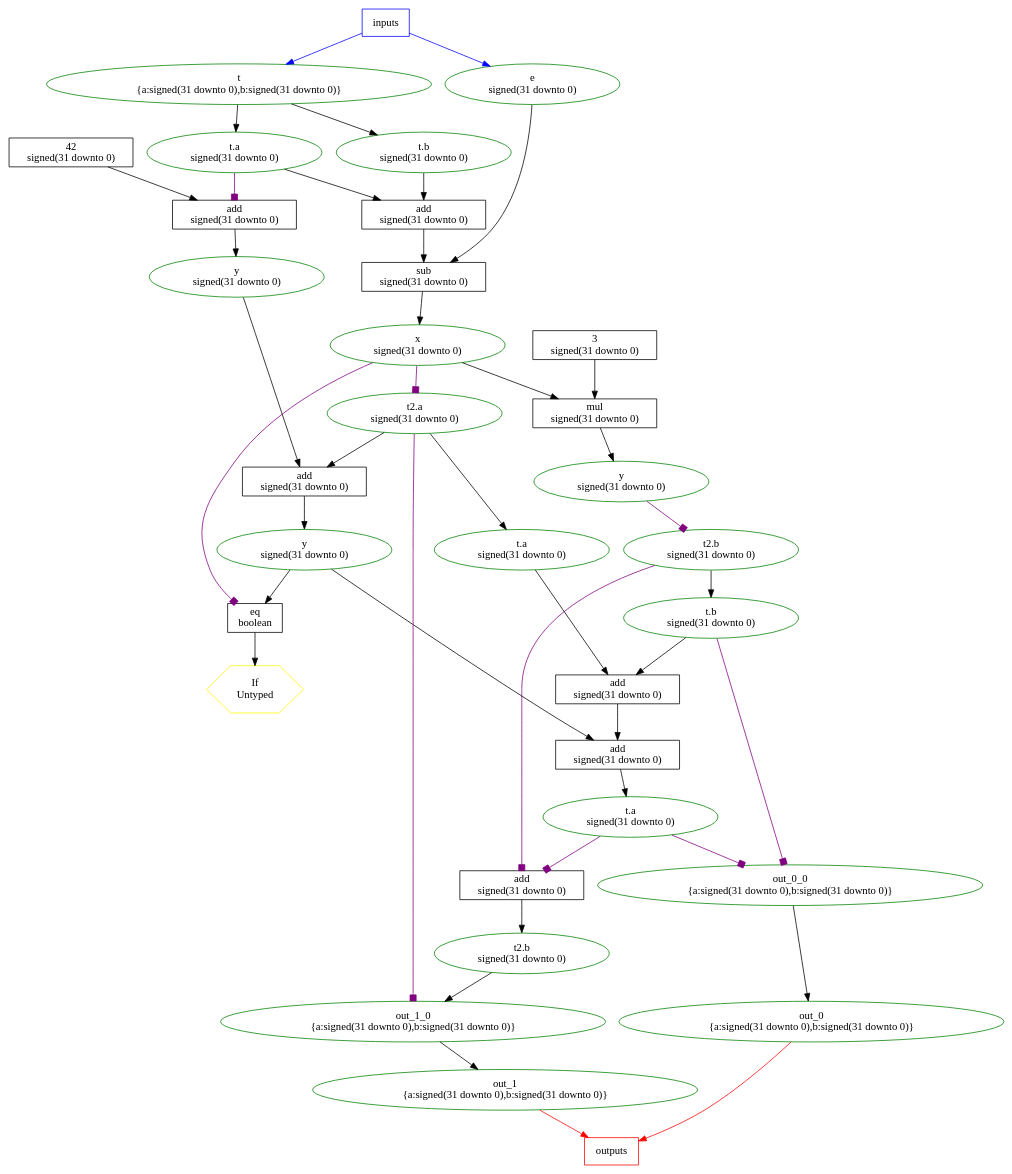
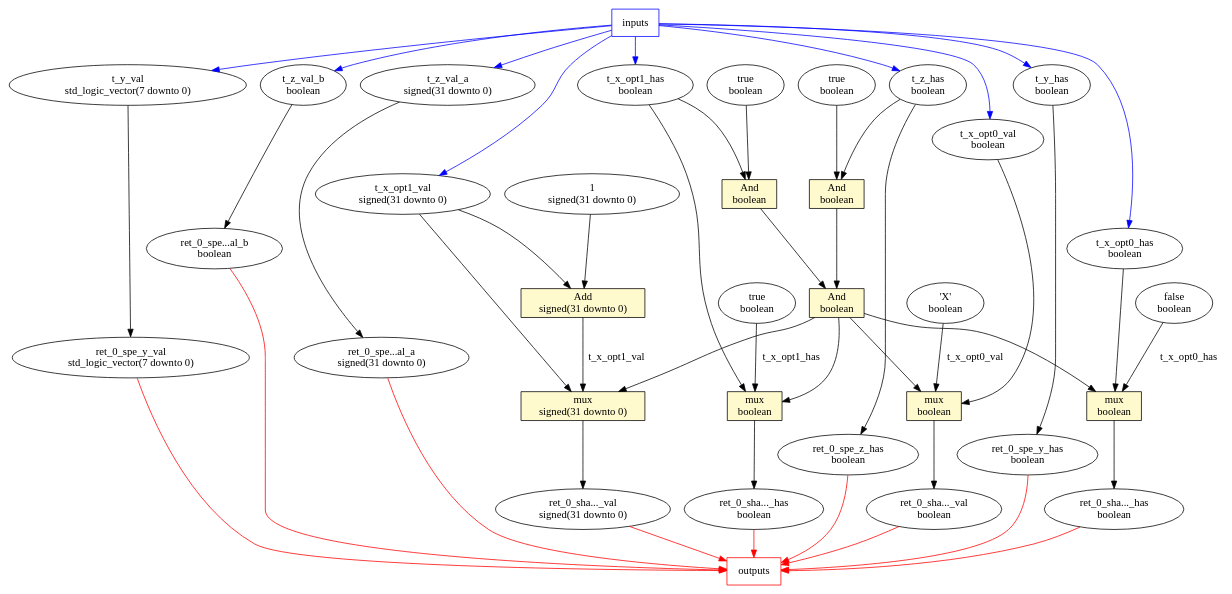
Before and after one commit to BaptP/Whiley2VHDLCompiler: the diagram in running/gr.dot, drawn with Graphviz. The commit also changed 14 other files, not shown here.

```diff
--- a/running/gr.dot
+++ b/running/gr.dot
@@ -1,106 +1,84 @@
 digraph {
   inp [label="inputs",color=blue,shape=box];
-  n1 [label="t.a
-signed(31 downto 0)",shape="ellipse",color=green];
-  n2 [label="t2.b
-signed(31 downto 0)",shape="ellipse",color=green];
-  n3 [label="y
-signed(31 downto 0)",shape="ellipse",color=green];
-  n4 [label="add
-signed(31 downto 0)",shape="box",color=black];
-  n5 [label="t.b
-signed(31 downto 0)",shape="ellipse",color=green];
-  n6 [label="sub
-signed(31 downto 0)",shape="box",color=black];
-  n7 [label="t.a
-signed(31 downto 0)",shape="ellipse",color=green];
-  n8 [label="y
-signed(31 downto 0)",shape="ellipse",color=green];
-  n9 [label="out_0_0
-{a:signed(31 downto 0),b:signed(31 downto 0)}",shape="ellipse",color=green];
-  n10 [label="t.a
-signed(31 downto 0)",shape="ellipse",color=green];
-  n11 [label="add
-signed(31 downto 0)",shape="box",color=black];
-  n12 [label="t.b
-signed(31 downto 0)",shape="ellipse",color=green];
-  n13 [label="e
-signed(31 downto 0)",shape="ellipse",color=green];
-  n14 [label="add
-signed(31 downto 0)",shape="box",color=black];
-  n15 [label="add
-signed(31 downto 0)",shape="box",color=black];
-  n16 [label="add
-signed(31 downto 0)",shape="box",color=black];
-  n17 [label="t
-{a:signed(31 downto 0),b:signed(31 downto 0)}",shape="ellipse",color=green];
-  n18 [label="y
-signed(31 downto 0)",shape="ellipse",color=green];
-  n19 [label="x
-signed(31 downto 0)",shape="ellipse",color=green];
-  n20 [label="3
-signed(31 downto 0)",shape="box",color=black];
-  n21 [label="out_0
-{a:signed(31 downto 0),b:signed(31 downto 0)}",shape="ellipse",color=green];
-  n22 [label="eq
-boolean",shape="box",color=black];
-  n23 [label="out_1
-{a:signed(31 downto 0),b:signed(31 downto 0)}",shape="ellipse",color=green];
-  n24 [label="mul
-signed(31 downto 0)",shape="box",color=black];
-  n25 [label="t2.b
-signed(31 downto 0)",shape="ellipse",color=green];
-  n26 [label="t2.a
-signed(31 downto 0)",shape="ellipse",color=green];
-  n27 [label="If
-Untyped",shape="hexagon",color=yellow];
-  n28 [label="42
-signed(31 downto 0)",shape="box",color=black];
-  n29 [label="add
-signed(31 downto 0)",shape="box",color=black];
-  n30 [label="out_1_0
-{a:signed(31 downto 0),b:signed(31 downto 0)}",shape="ellipse",color=green];
+  n1 [label="ret_0_spe_y_val\nstd_logic_vector(7 downto 0)"];
+  n2 [label="ret_0_spe_z_has\nboolean"];
+  n3 [label="false\nboolean"];
+  n4 [label="ret_0_spe...al_b\nboolean"];
+  n5 [label="1\nsigned(31 downto 0)"];
+  n6 [label="ret_0_spe...al_a\nsigned(31 downto 0)"];
+  n7 [label="true\nboolean"];
+  n8 [label="t_y_val\nstd_logic_vector(7 downto 0)"];
+  n9 [label="mux\nboolean",shape="rectangle",style=filled,fillcolor=lemonchiffon];
+  n10 [label="t_x_opt1_has\nboolean"];
+  n11 [label="mux\nboolean",shape="rectangle",style=filled,fillcolor=lemonchiffon];
+  n12 [label="Add\nsigned(31 downto 0)",shape="rectangle",style=filled,fillcolor=lemonchiffon];
+  n13 [label="ret_0_sha..._val\nsigned(31 downto 0)"];
+  n14 [label="ret_0_sha..._val\nboolean"];
+  n15 [label="And\nboolean",shape="rectangle",style=filled,fillcolor=lemonchiffon];
+  n16 [label="ret_0_sha..._has\nboolean"];
+  n17 [label="And\nboolean",shape="rectangle",style=filled,fillcolor=lemonchiffon];
+  n18 [label="ret_0_spe_y_has\nboolean"];
+  n19 [label="t_x_opt1_val\nsigned(31 downto 0)"];
+  n20 [label="t_x_opt0_has\nboolean"];
+  n21 [label="t_x_opt0_val\nboolean"];
+  n22 [label="t_z_val_b\nboolean"];
+  n23 [label="t_y_has\nboolean"];
+  n24 [label="And\nboolean",shape="rectangle",style=filled,fillcolor=lemonchiffon];
+  n25 [label="mux\nsigned(31 downto 0)",shape="rectangle",style=filled,fillcolor=lemonchiffon];
+  n26 [label="t_z_val_a\nsigned(31 downto 0)"];
+  n27 [label="t_z_has\nboolean"];
+  n28 [label="true\nboolean"];
+  n29 [label="ret_0_sha..._has\nboolean"];
+  n30 [label="true\nboolean"];
+  n31 [label="mux\nboolean",shape="rectangle",style=filled,fillcolor=lemonchiffon];
+  n32 [label="'X'\nboolean"];
   out [label="outputs",color=red,shape=box];
 
-  inp -> n17 [color=blue];
-  inp -> n13 [color=blue];
-  n1 -> n11[arrowhead="box",color=purple];
-  n1 -> n9[arrowhead="box",color=purple];
-  n2 -> n30[];
-  n3 -> n25[arrowhead="box",color=purple];
-  n4 -> n1[];
-  n5 -> n29[];
-  n6 -> n19[];
-  n7 -> n29[];
-  n7 -> n14[arrowhead="box",color=purple];
-  n8 -> n22[];
-  n8 -> n4[];
-  n9 -> n21[];
-  n10 -> n16[];
-  n11 -> n2[];
-  n12 -> n16[];
-  n12 -> n9[arrowhead="box",color=purple];
-  n13 -> n6[];
-  n14 -> n18[];
-  n15 -> n8[];
-  n16 -> n4[];
-  n17 -> n7[];
-  n17 -> n5[];
-  n18 -> n15[];
-  n19 -> n24[];
-  n19 -> n26[arrowhead="box",color=purple];
-  n19 -> n22[arrowhead="box",color=purple];
-  n20 -> n24[];
-  n22 -> n27[];
-  n24 -> n3[];
-  n25 -> n12[];
-  n25 -> n11[arrowhead="box",color=purple];
-  n26 -> n15[];
-  n26 -> n10[];
-  n26 -> n30[arrowhead="box",color=purple];
-  n28 -> n14[];
-  n29 -> n6[];
-  n30 -> n23[];
-  n21 -> out [color=red];
-  n23 -> out [color=red];
+  inp -> n20 [color=blue];
+  inp -> n21 [color=blue];
+  inp -> n10 [color=blue];
+  inp -> n19 [color=blue];
+  inp -> n23 [color=blue];
+  inp -> n8 [color=blue];
+  inp -> n27 [color=blue];
+  inp -> n26 [color=blue];
+  inp -> n22 [color=blue];
+  n23 -> n18[label=""];
+  n17 -> n25[label=""];
+  n27 -> n24[label=""];
+  n31 -> n29[label=""];
+  n5 -> n12[label=""];
+  n25 -> n13[label=""];
+  n19 -> n12[label=""];
+  n30 -> n24[label=""];
+  n8 -> n1[label=""];
+  n3 -> n31[label="t_x_opt0_has"];
+  n10 -> n9[label=""];
+  n19 -> n25[label=""];
+  n24 -> n17[label=""];
+  n22 -> n4[label=""];
+  n32 -> n11[label="t_x_opt0_val"];
+  n12 -> n25[label="t_x_opt1_val"];
+  n10 -> n15[label=""];
+  n11 -> n14[label=""];
+  n17 -> n31[label=""];
+  n21 -> n11[label=""];
+  n26 -> n6[label=""];
+  n7 -> n15[label=""];
+  n27 -> n2[label=""];
+  n9 -> n16[label=""];
+  n28 -> n9[label="t_x_opt1_has"];
+  n15 -> n17[label=""];
+  n20 -> n31[label=""];
+  n17 -> n11[label=""];
+  n17 -> n9[label=""];
+  n29 -> out [color=red];
+  n14 -> out [color=red];
+  n16 -> out [color=red];
+  n13 -> out [color=red];
+  n18 -> out [color=red];
+  n1 -> out [color=red];
+  n2 -> out [color=red];
+  n6 -> out [color=red];
+  n4 -> out [color=red];
 }
```
